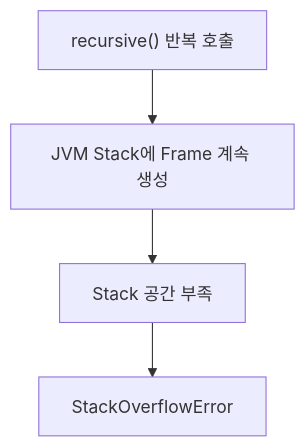
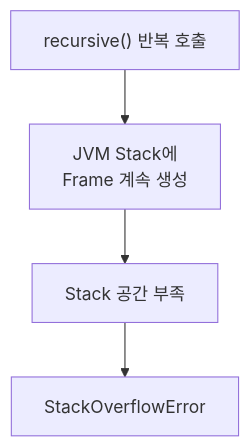
The seventh of 7 diagrams in Language/Java/JVM/03. Stack과 Heap.md (SangCheonP/Tech-Interview), drawn with Mermaid before and after one commit. The commit also changed other lines of this file, not shown here.

Commit message:
docs: center multiline JVM diagram labels

````diff
--- a/Language/Java/JVM/03. Stack과 Heap.md
+++ b/Language/Java/JVM/03. Stack과 Heap.md
@@ -258,6 +258,6 @@
 ```mermaid
 flowchart TB
-    call["recursive() 반복 호출"] --> frames["JVM Stack에 Frame 계속 생성"]
+    call["recursive() 반복 호출"] --> frames["JVM Stack에<br/>Frame 계속 생성"]
     frames --> full["Stack 공간 부족"]
     full --> error["StackOverflowError"]
 ```
````
